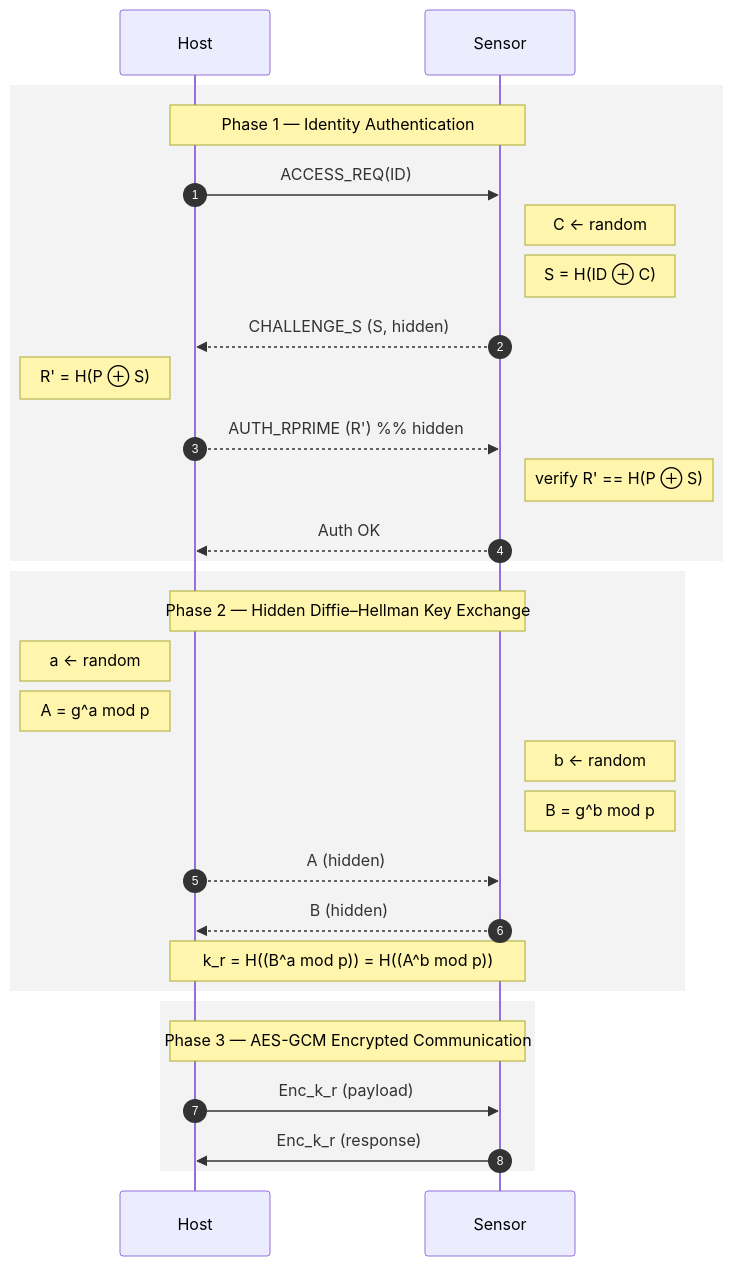
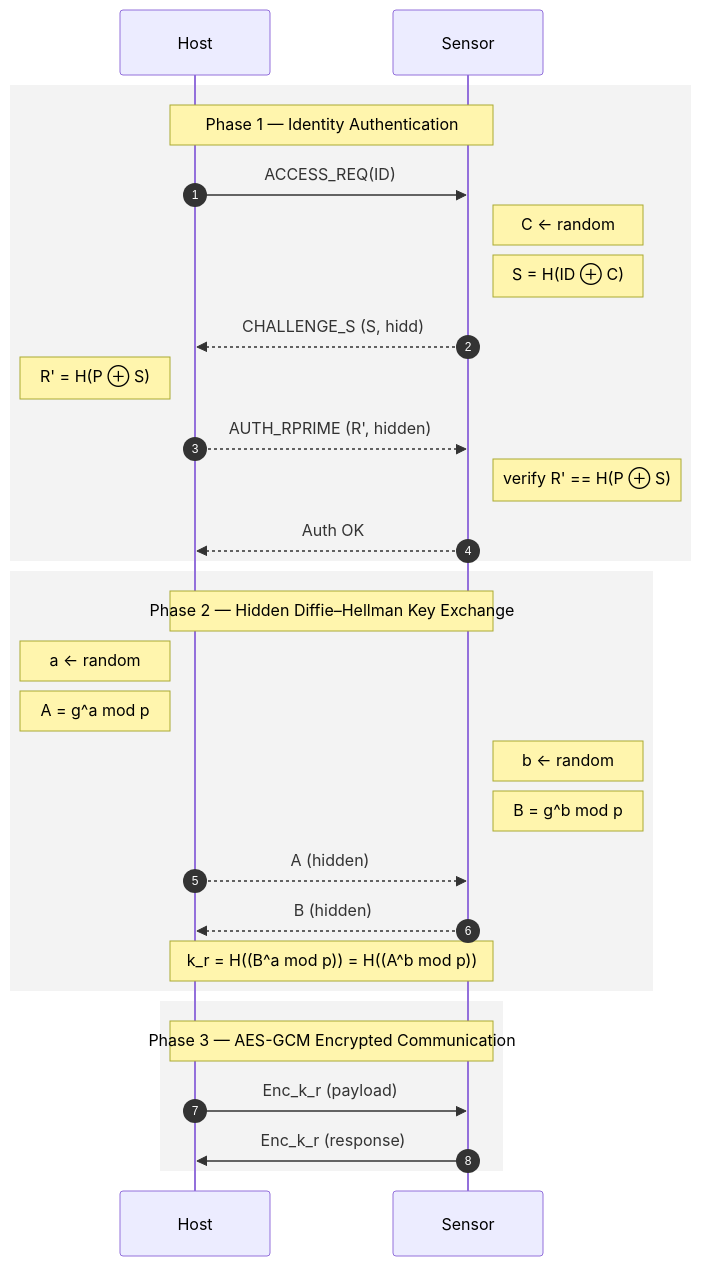
One commit to TracerWWW/iodraw-files changed the diagram in all/kr.md. Above: the diagram before and after it, drawn with Mermaid.

Commit message:
2026-01-30 02:44:54 update

````diff
--- a/all/kr.md
+++ b/all/kr.md
@@ -1,57 +1,57 @@
 ```mermaid
 sequenceDiagram
     autonumber
     participant Host
     participant Sensor
 
     %% =========================
     %% Phase 1: Identity Authentication
     %% =========================
     rect rgba(220,220,220,0.35)
     Note over Host,Sensor: Phase 1 — Identity Authentication
 
     Host->>Sensor: ACCESS_REQ(ID)
 
     Note right of Sensor: C ← random
     Note right of Sensor: S = H(ID ⊕ C)
 
-    Sensor-->>Host: CHALLENGE_S (S, hidden)
+    Sensor-->>Host: CHALLENGE_S (S, hidd)
 
     Note left of Host: R' = H(P ⊕ S)
 
-    Host-->>Sensor: AUTH_RPRIME (R') %% hidden
+    Host-->>Sensor: AUTH_RPRIME (R', hidden)
 
     Note right of Sensor: verify R' == H(P ⊕ S)
 
     Sensor-->>Host: Auth OK
     end
 
     %% =========================
     %% Phase 2: Hidden Diffie–Hellman
     %% =========================
     rect rgba(220,220,220,0.35)
     Note over Host,Sensor: Phase 2 — Hidden Diffie–Hellman Key Exchange
 
     Note left of Host: a ← random
     Note left of Host: A = g^a mod p
 
     Note right of Sensor: b ← random
     Note right of Sensor: B = g^b mod p
 
     Host-->>Sensor: A (hidden)
     Sensor-->>Host: B (hidden)
 
     Note over Host,Sensor: k_r = H((B^a mod p)) = H((A^b mod p))
     end
 
     %% =========================
     %% Phase 3: Encrypted Communication
     %% =========================
     rect rgba(220,220,220,0.35)
     Note over Host,Sensor: Phase 3 — AES-GCM Encrypted Communication
 
     Host->>Sensor: Enc_k_r (payload)
     Sensor->>Host: Enc_k_r (response)
     end
 
 ```
````
